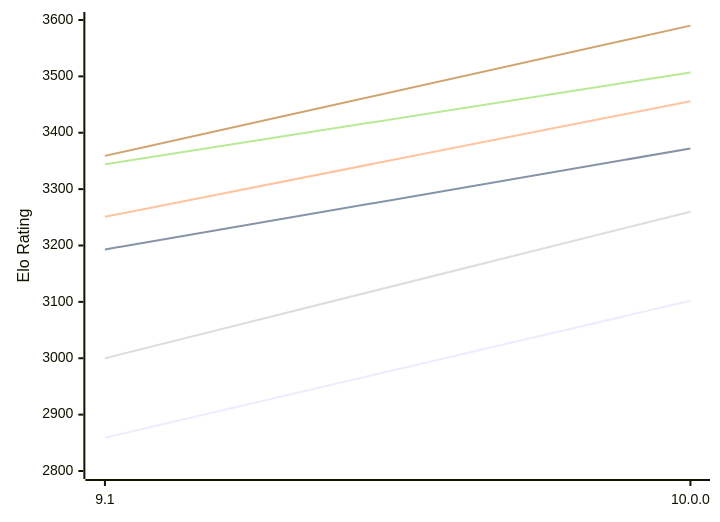
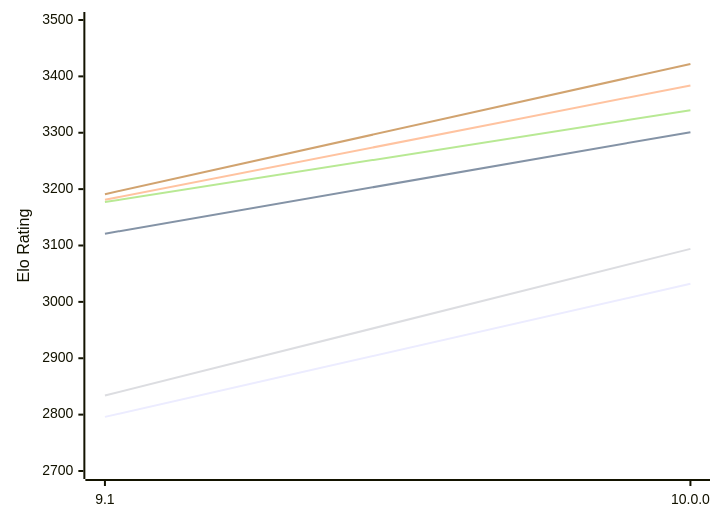
The first of 2 diagrams in engines/Pea.md (computer-chess-index/cci), drawn with Mermaid before and after one commit. The commit also changed other lines of this file, not shown here.

Commit message:
Update CCI Ratings (ELO VLTC) - 2026-11-13

````diff
--- a/engines/Pea.md
+++ b/engines/Pea.md
@@ -58,12 +58,12 @@
 ```mermaid
 %%{init: {"theme":"base","themeVariables":{"seriesColors:['#a3a3a3','#222221','#faa371']}}}%%
 xychart-beta
   x-axis ["9.1", "10.0.0"]
-  y-axis "Elo Rating" 2800 --> 3600
-  line "E1: STC (8.0+0.08s)" [2859, 3102]
-  line "E1: LTC (60.0+0.60s)" [3193, 3372]
-  line "E1: VLTC (2m24s+1.12s)" [3251, 3456]
-  line "P1: STC (8.0+0.08s)" [3000, 3260]
-  line "P1: LTC (60.0+0.60s)" [3344, 3507]
-  line "P1: VLTC (2m24s+1.12s)" [3359, 3590]
+  y-axis "Elo Rating" 2700 --> 3500
+  line "E1: STC (8.0+0.08s)" [2796, 3032]
+  line "E1: LTC (60.0+0.60s)" [3121, 3301]
+  line "E1: VLTC (2m24s+1.12s)" [3181, 3384]
+  line "P1: STC (8.0+0.08s)" [2834, 3094]
+  line "P1: LTC (60.0+0.60s)" [3177, 3340]
+  line "P1: VLTC (2m24s+1.12s)" [3191, 3422]
 ```
````
